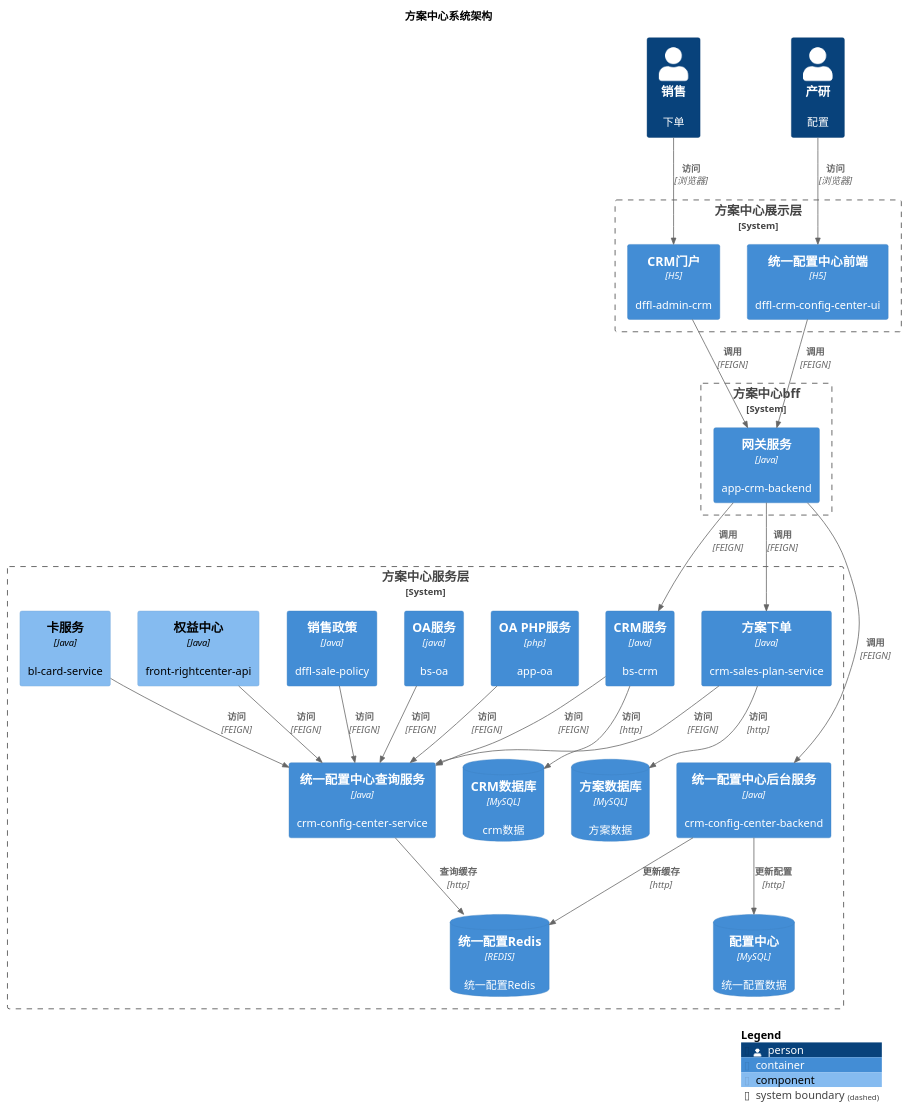
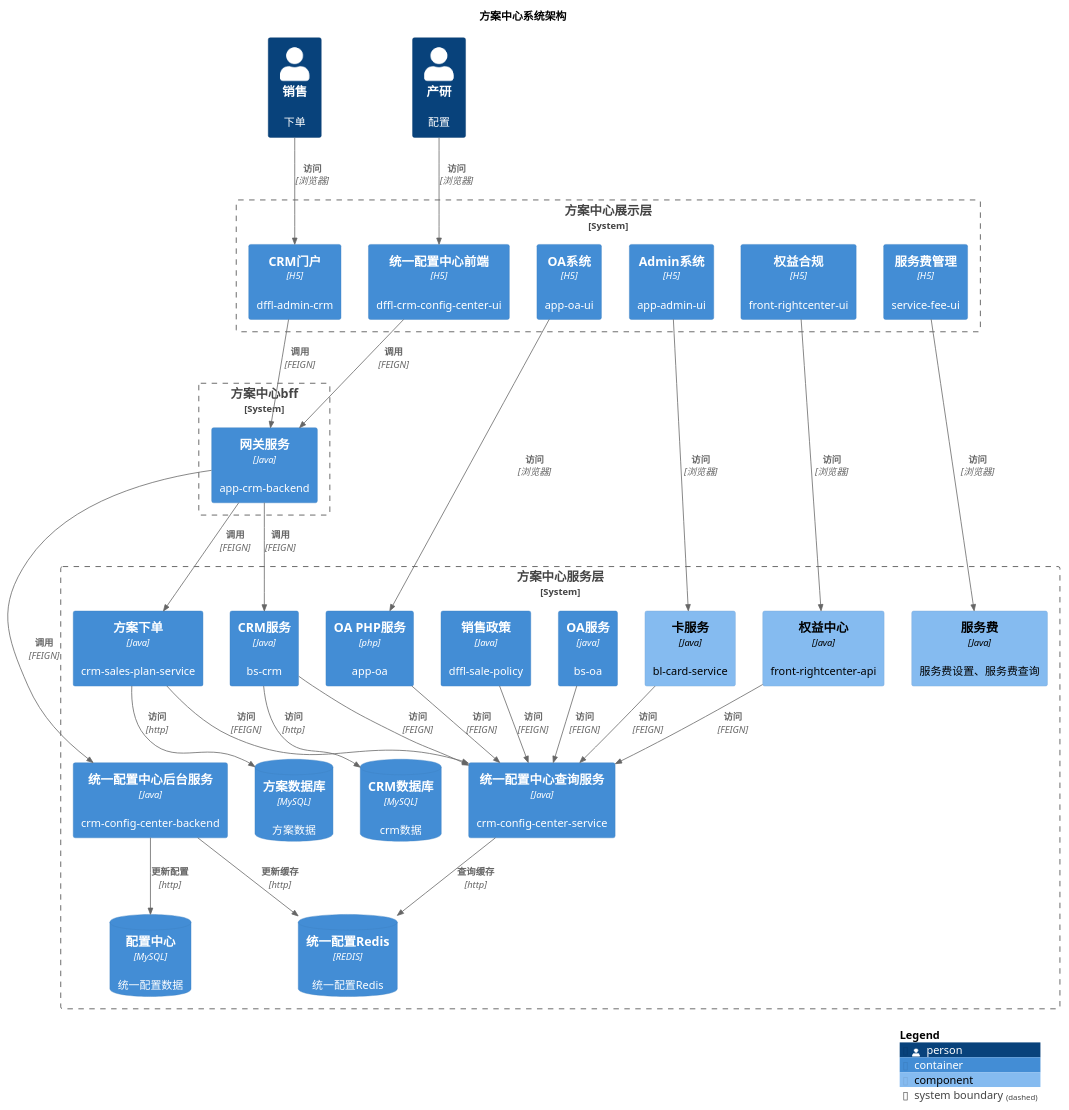
Before and after one commit to wllpeter/picture: the diagram in plantuml/config_arch.puml, drawn with PlantUML.

```diff
--- a/plantuml/config_arch.puml
+++ b/plantuml/config_arch.puml
@@ -1,62 +1,71 @@
 @startuml
 !include https://gitee.com/chiang_zg/C4-PlantUML/raw/master/C4_Container.puml
 !include https://gitee.com/chiang_zg/C4-PlantUML/raw/master/C4_Component.puml
 
 title "方案中心系统架构"
 
 Person(sale, "销售", "下单")
 Person(developer, "产研", "配置")
 
 
 System_Boundary(front, "方案中心展示层"){
   Container(configcenterfront, "统一配置中心前端", "H5", "dffl-crm-config-center-ui")
   Container(admincrmfront, "CRM门户", "H5", "dffl-admin-crm")
+  Container(oafront, "OA系统", "H5", "app-oa-ui")
+  Container(adminfront, "Admin系统", "H5", "app-admin-ui")
+  Container(rightfront, "权益合规", "H5", "front-rightcenter-ui")
+  Container(servicefeefront, "服务费管理", "H5", "service-fee-ui")
 }
 
 System_Boundary(bff, "方案中心bff"){
   Container(crmbff, "网关服务", "Java", "app-crm-backend")
 }
 
 System_Boundary(server, "方案中心服务层"){
   Container(configbackendserver, "统一配置中心后台服务", "Java", "crm-config-center-backend")
   Container(configserviceserver, "统一配置中心查询服务", "Java", "crm-config-center-service")
   Container(crmserver, "CRM服务", "Java", "bs-crm")
   Container(planserver, "方案下单", "Java", "crm-sales-plan-service")
   Container(oaphpserver, "OA PHP服务", "php", "app-oa")
   Container(oaserver, "OA服务", "java", "bs-oa")
   Container(salepolicyserver, "销售政策", "Java", "dffl-sale-policy")
   Component(rightcenterserver, "权益中心", "Java", "front-rightcenter-api")
   Component(cardserver, "卡服务", "Java", "bl-card-service")
+  Component(servicefeeserver, "服务费", "Java", "服务费设置、服务费查询")
   ContainerDb(configcenterdb, "配置中心", "MySQL", "统一配置数据")
   ContainerDb(crmdb, "CRM数据库", "MySQL", "crm数据")
   ContainerDb(plandb, "方案数据库", "MySQL", "方案数据")
   ContainerDb(configcenterredis, "统一配置Redis", "REDIS", "统一配置Redis")
 }
 
 Rel(sale, admincrmfront, "访问", "浏览器")
 Rel(developer, configcenterfront, "访问", "浏览器")
+Rel(adminfront, cardserver, "访问", "浏览器")
+Rel(rightfront, rightcenterserver, "访问", "浏览器")
+Rel(servicefeefront, servicefeeserver, "访问", "浏览器")
+Rel(oafront, oaphpserver, "访问", "浏览器")
 
 Rel(admincrmfront, crmbff, "调用", "FEIGN")
 Rel(configcenterfront, crmbff, "调用", "FEIGN")
 
 Rel(crmbff, configbackendserver, "调用", "FEIGN")
 Rel(crmbff, crmserver, "调用", "FEIGN")
 Rel(crmbff, planserver, "调用", "FEIGN")
 
 Rel(crmserver, crmdb, "访问", "http")
 Rel(planserver, plandb, "访问", "http")
 
 Rel(configbackendserver, configcenterdb, "更新配置", "http")
 Rel(configbackendserver, configcenterredis, "更新缓存", "http")
 
 Rel(crmserver, configserviceserver, "访问", "FEIGN")
 Rel(planserver, configserviceserver, "访问", "FEIGN")
 Rel(oaserver, configserviceserver, "访问", "FEIGN")
 Rel(oaphpserver, configserviceserver, "访问", "FEIGN")
 Rel(salepolicyserver, configserviceserver, "访问", "FEIGN")
 Rel(rightcenterserver, configserviceserver, "访问", "FEIGN")
 Rel(cardserver, configserviceserver, "访问", "FEIGN")
 Rel(configserviceserver, configcenterredis, "查询缓存", "http")
 
 SHOW_LEGEND()
 @enduml
```
